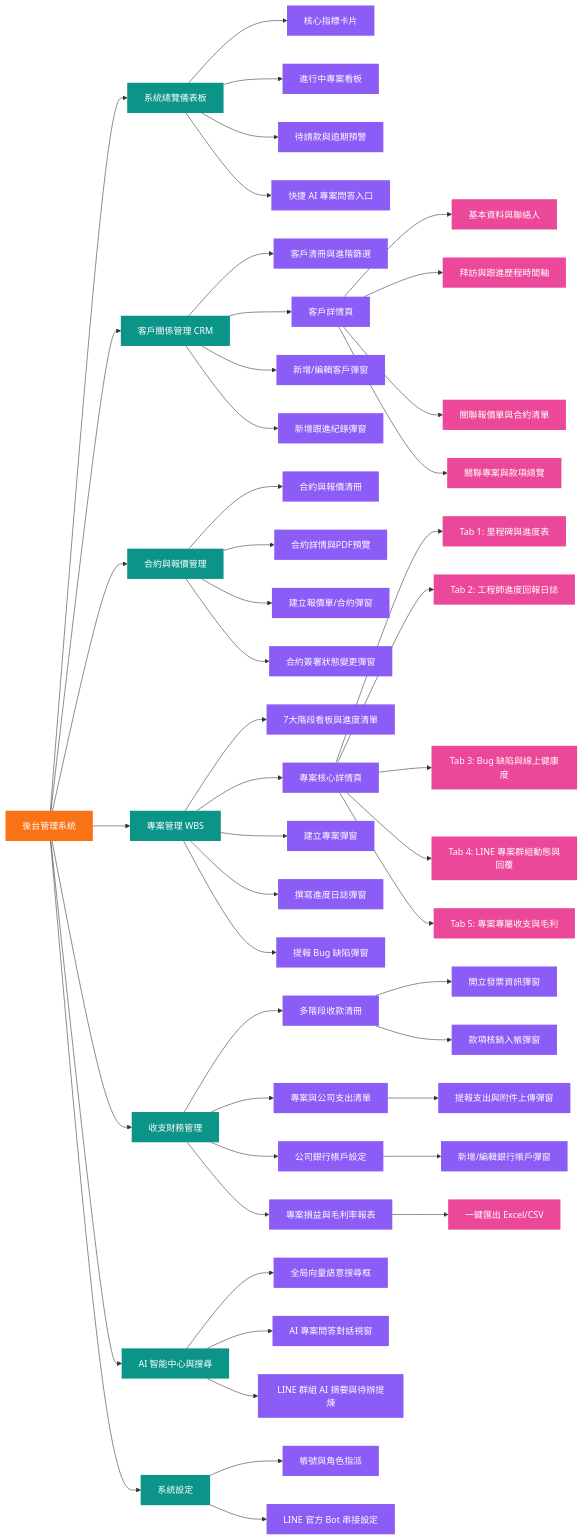
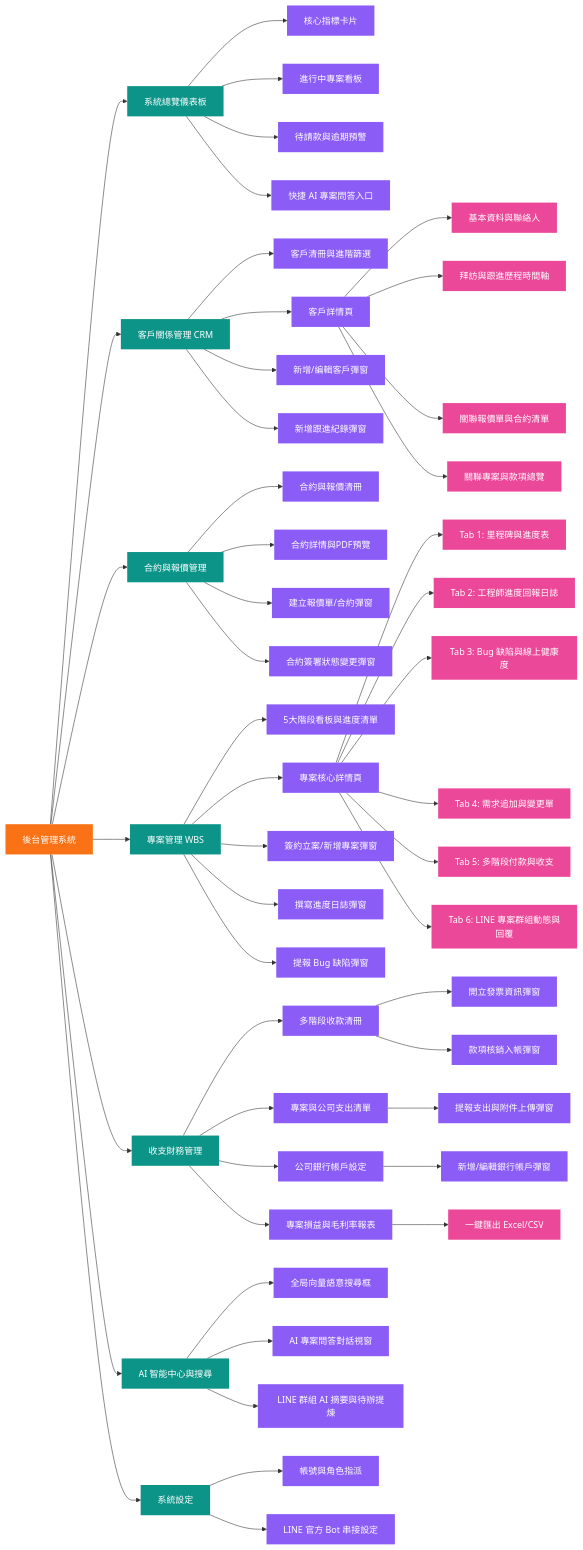
Before and after one commit to kawawei/liheng-system: the diagram in 需求/頁面結構/後台頁面結構.md, drawn with Mermaid. The commit also changed other lines of this file and 13 other files, not shown here.

Commit message:
feat(wbs): support chartering modal, duration calculation, tax inclusive/exclusive math, dynamic payment stages, 5-stage lifecycle, and change orders

````diff
--- a/需求/頁面結構/後台頁面結構.md
+++ b/需求/頁面結構/後台頁面結構.md
@@ -9,70 +9,71 @@
 ```mermaid
 graph LR
     classDef level1 fill:#f97316,stroke:none,color:white;
     classDef level2 fill:#0d9488,stroke:none,color:white;
     classDef level3 fill:#8b5cf6,stroke:none,color:white;
     classDef level4 fill:#ec4899,stroke:none,color:white;
 
     Root[後台管理系統]:::level1
 
     %% 1. 儀表板
     Root --> Dashboard[系統總覽儀表板]:::level2
     Dashboard --> KPICards[核心指標卡片]:::level3
     Dashboard --> ActiveProjectKanban[進行中專案看板]:::level3
     Dashboard --> ReceivablesAlert[待請款與逾期預警]:::level3
     Dashboard --> QuickAIChat[快捷 AI 專案問答入口]:::level3
 
     %% 2. 客戶關係管理 (CRM)
     Root --> CRM[客戶關係管理 CRM]:::level2
     CRM --> ClientList[客戶清冊與進階篩選]:::level3
     CRM --> ClientDetail[客戶詳情頁]:::level3
     ClientDetail --> ClientInfoTab[基本資料與聯絡人]:::level4
     ClientDetail --> ClientActivityTab[拜訪與跟進歷程時間軸]:::level4
     ClientDetail --> ClientContractTab[關聯報價單與合約清單]:::level4
     ClientDetail --> ClientProjectTab[關聯專案與款項總覽]:::level4
     CRM --> ClientModal[新增/編輯客戶彈窗]:::level3
     CRM --> ActivityModal[新增跟進紀錄彈窗]:::level3
 
     %% 3. 合約與報價單管理
     Root --> ContractModule[合約與報價管理]:::level2
     ContractModule --> ContractList[合約與報價清冊]:::level3
     ContractModule --> ContractDetail[合約詳情與PDF預覽]:::level3
     ContractModule --> ContractFormModal[建立報價單/合約彈窗]:::level3
     ContractModule --> StatusTransitionModal[合約簽署狀態變更彈窗]:::level3
 
     %% 4. 專案管理 (WBS)
     Root --> WBS[專案管理 WBS]:::level2
-    WBS --> ProjectKanban[7大階段看板與進度清單]:::level3
+    WBS --> ProjectKanban[5大階段看板與進度清單]:::level3
     WBS --> ProjectDetail[專案核心詳情頁]:::level3
     ProjectDetail --> TabMilestone[Tab 1: 里程碑與進度表]:::level4
     ProjectDetail --> TabProgressLog[Tab 2: 工程師進度回報日誌]:::level4
     ProjectDetail --> TabQAMonitor[Tab 3: Bug 缺陷與線上健康度]:::level4
-    ProjectDetail --> TabLineSync[Tab 4: LINE 專案群組動態與回覆]:::level4
-    ProjectDetail --> TabFinance[Tab 5: 專案專屬收支與毛利]:::level4
-    WBS --> ProjectCreateModal[建立專案彈窗]:::level3
+    ProjectDetail --> TabChangeOrders[Tab 4: 需求追加與變更單]:::level4
+    ProjectDetail --> TabFinance[Tab 5: 多階段付款與收支]:::level4
+    ProjectDetail --> TabLineSync[Tab 6: LINE 專案群組動態與回覆]:::level4
+    WBS --> ProjectCreateModal[簽約立案/新增專案彈窗]:::level3
     WBS --> LogCreateModal[撰寫進度日誌彈窗]:::level3
     WBS --> BugCreateModal[提報 Bug 缺陷彈窗]:::level3
 
     %% 5. 財務收支管理
     Root --> FinanceModule[收支財務管理]:::level2
     FinanceModule --> ReceivablesPage[多階段收款清冊]:::level3
     ReceivablesPage --> InvoiceModal[開立發票資訊彈窗]:::level3
     ReceivablesPage --> ReceiveConfirmModal[款項核銷入帳彈窗]:::level3
     FinanceModule --> ExpensePage[專案與公司支出清單]:::level3
     ExpensePage --> ExpenseCreateModal[提報支出與附件上傳彈窗]:::level3
     FinanceModule --> BankAccountPage[公司銀行帳戶設定]:::level3
     BankAccountPage --> BankAccountModal[新增/編輯銀行帳戶彈窗]:::level3
     FinanceModule --> ProfitReportPage[專案損益與毛利率報表]:::level3
     ProfitReportPage --> ExportAction[一鍵匯出 Excel/CSV]:::level4
 
     %% 6. AI 智能中心與全局搜尋
     Root --> AICenter[AI 智能中心與搜尋]:::level2
     AICenter --> GlobalVectorSearch[全局向量語意搜尋框]:::level3
     AICenter --> AIRagChatModal[AI 專案問答對話視窗]:::level3
     AICenter --> AISummaryPanel[LINE 群組 AI 摘要與待辦提煉]:::level3
 
     %% 7. 系統設定
     Root --> Settings[系統設定]:::level2
     Settings --> UserManagement[帳號與角色指派]:::level3
     Settings --> LineBotConfig[LINE 官方 Bot 串接設定]:::level3
 ```
````
